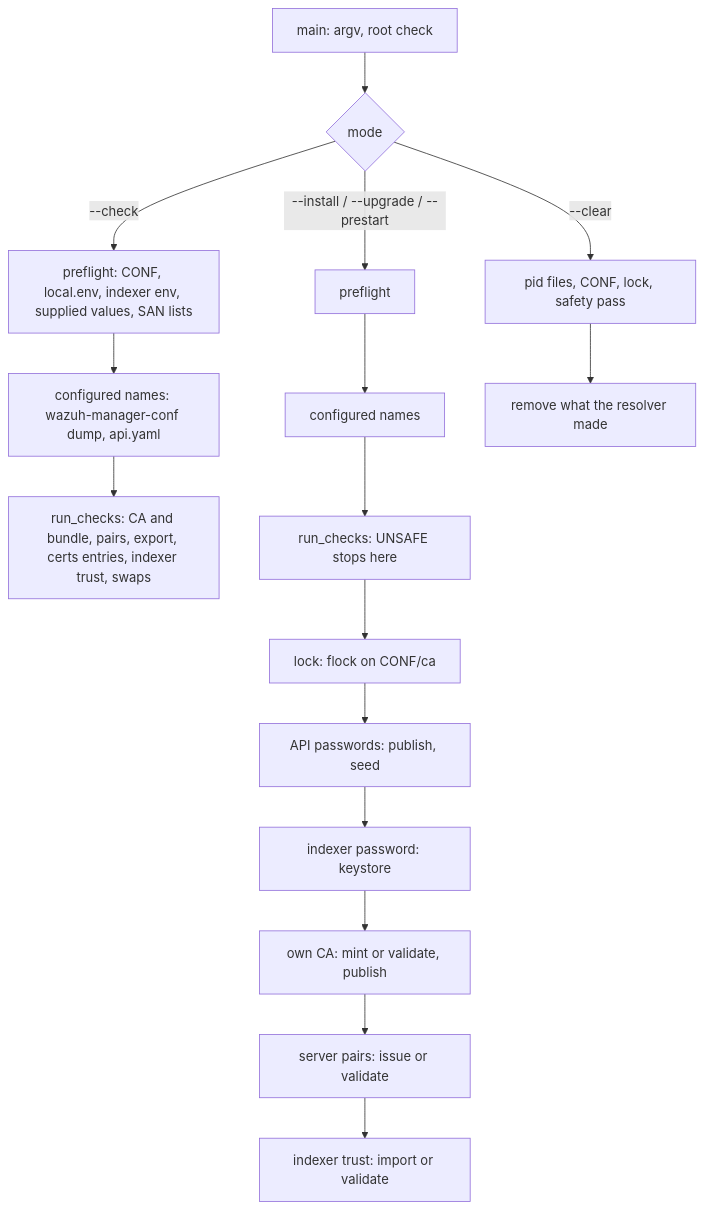
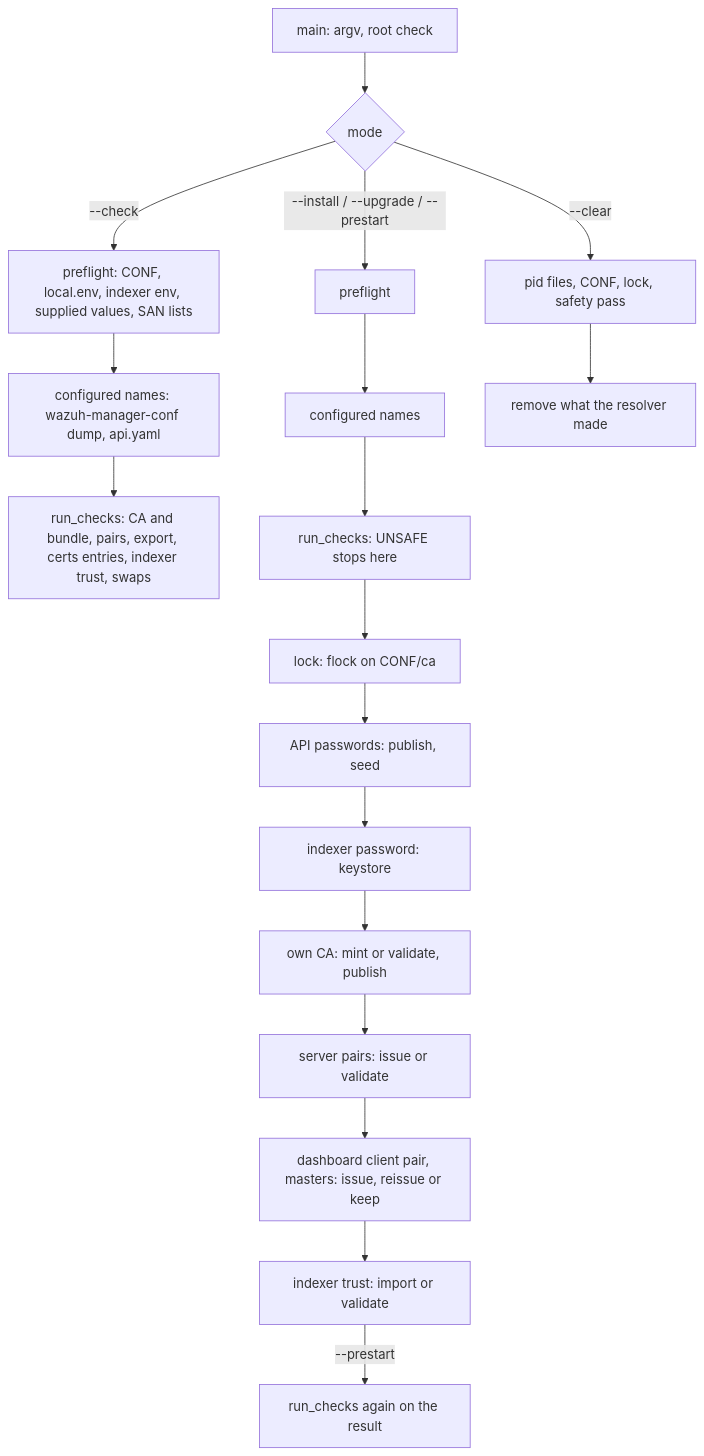
One commit to wazuh/wazuh changed the diagram in src/init/credentials/README.md. Above: the diagram before and after it, drawn with Mermaid. The commit also changed other lines of this file and 244 other files, not shown here.

````diff
--- a/src/init/credentials/README.md
+++ b/src/init/credentials/README.md
@@ -71,18 +71,20 @@
 ```mermaid
 flowchart TD
     A[main: argv, root check] --> B{mode}
     B -->|--check| C[preflight: CONF, local.env, indexer env, supplied values, SAN lists]
     C --> T[configured names: wazuh-manager-conf dump, api.yaml]
     T --> D[run_checks: CA and bundle, pairs, export, certs entries, indexer trust, swaps]
     B -->|--install / --upgrade / --prestart| E[preflight]
     E --> U[configured names]
     U --> F[run_checks: UNSAFE stops here]
     F --> G[lock: flock on CONF/ca]
     G --> H[API passwords: publish, seed]
     H --> I[indexer password: keystore]
     I --> J[own CA: mint or validate, publish]
     J --> K[server pairs: issue or validate]
-    K --> L[indexer trust: import or validate]
+    K --> P[dashboard client pair, masters: issue, reissue or keep]
+    P --> L[indexer trust: import or validate]
+    L -->|--prestart| R[run_checks again on the result]
     B -->|--clear| M[pid files, CONF, lock, safety pass]
     M --> N[remove what the resolver made]
 ```
````
